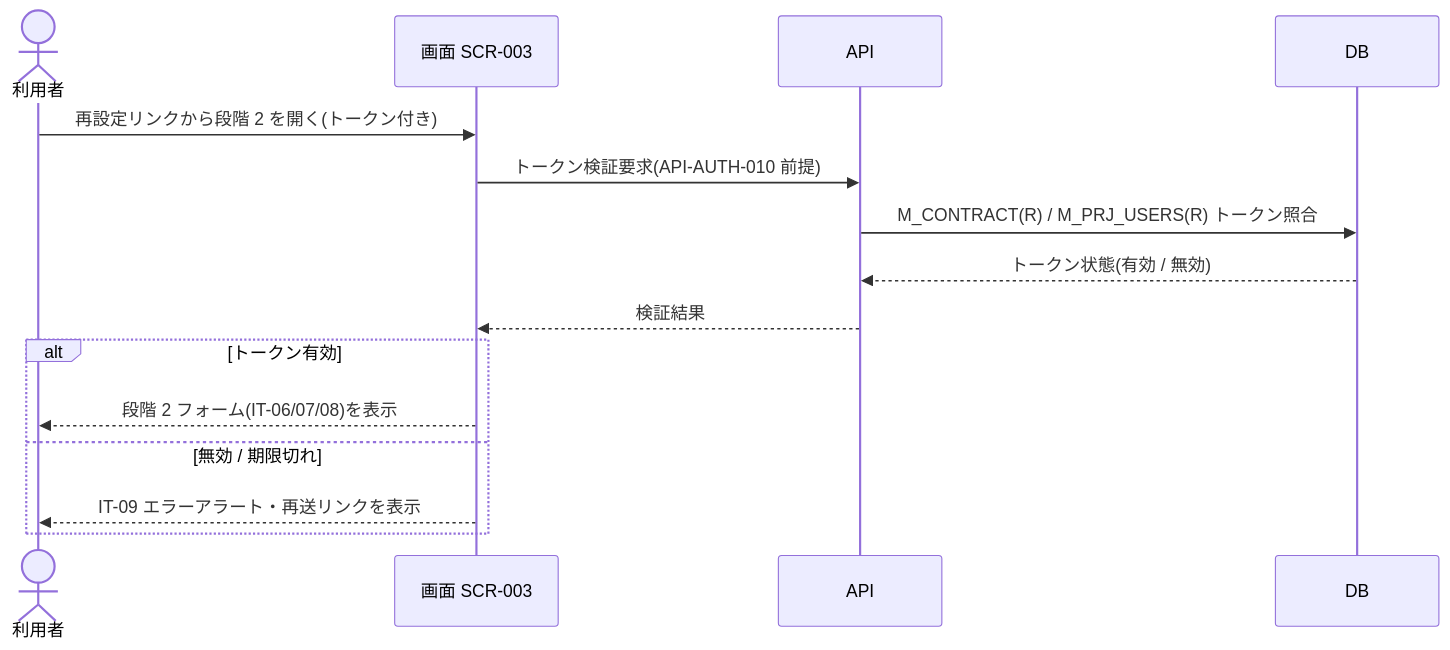
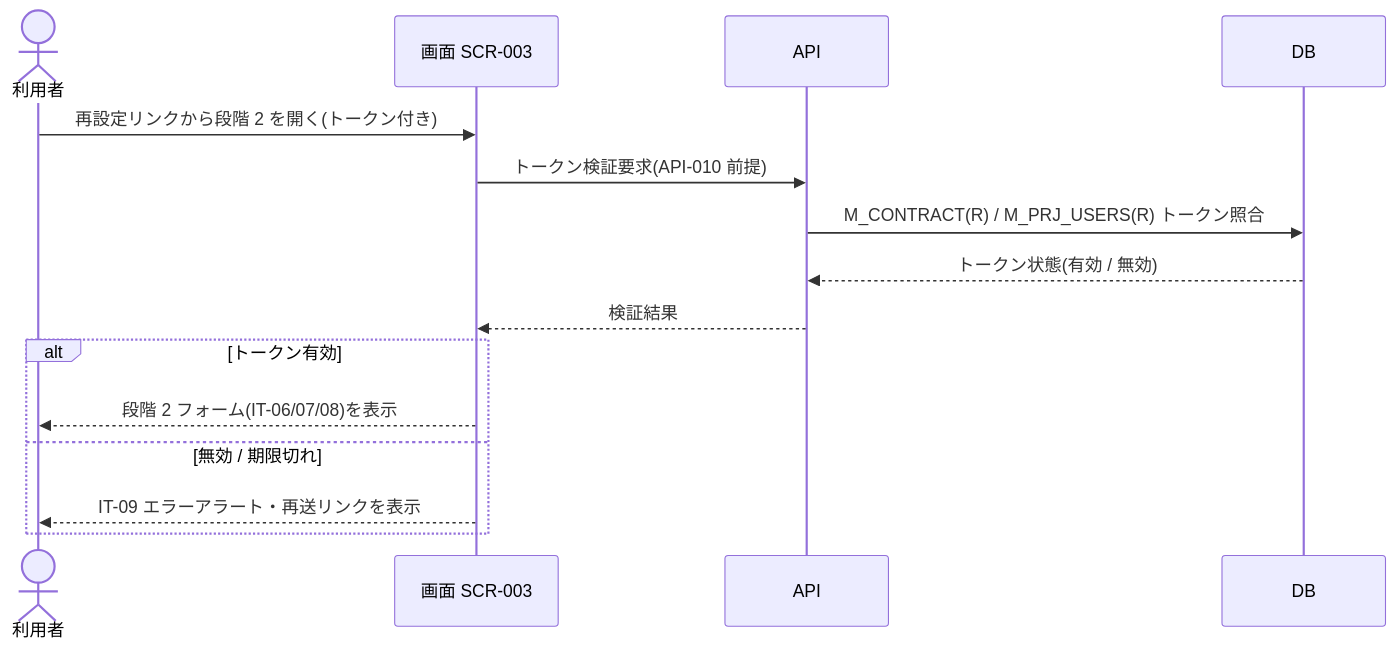
Before and after one commit to sikakou54/open-faq: the diagram in 01_requirements/02_business_usecases/UC-022.md, drawn with Mermaid. The commit also changed other lines of this file and 321 other files, not shown here.

````diff
--- a/01_requirements/02_business_usecases/UC-022.md
+++ b/01_requirements/02_business_usecases/UC-022.md
@@ -40,17 +40,17 @@
 ```mermaid
 sequenceDiagram
   actor U as 利用者
   participant S as 画面 SCR-003
   participant API as API
   participant DB as DB
   U->>S: 再設定リンクから段階 2 を開く(トークン付き)
-  S->>API: トークン検証要求(API-AUTH-010 前提)
+  S->>API: トークン検証要求(API-010 前提)
   API->>DB: M_CONTRACT(R) / M_PRJ_USERS(R) トークン照合
   DB-->>API: トークン状態(有効 / 無効)
   API-->>S: 検証結果
   alt トークン有効
     S-->>U: 段階 2 フォーム(IT-06/07/08)を表示
   else 無効 / 期限切れ
     S-->>U: IT-09 エラーアラート・再送リンクを表示
   end
 ```
````
